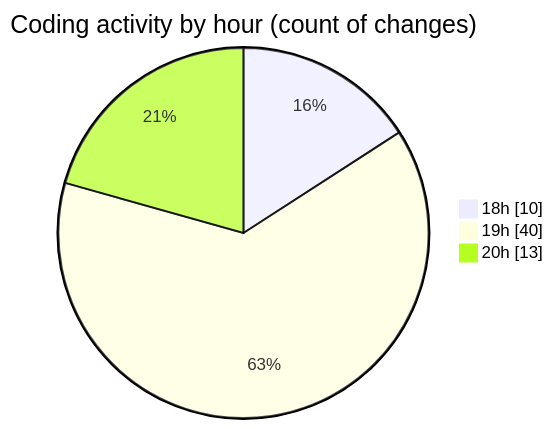
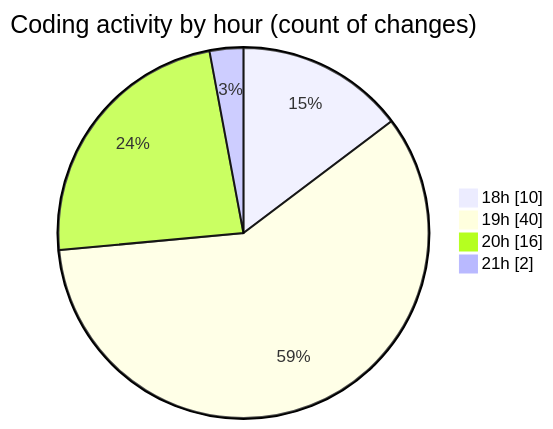
Before and after one commit to Netris89/code-tracking: the second of 2 diagrams in 2025-03-29/back-end/README.md, drawn with Mermaid. The commit also changed other lines of this file and 1 other file, not shown here.

````diff
--- a/2025-03-29/back-end/README.md
+++ b/2025-03-29/back-end/README.md
@@ -31,7 +31,8 @@
 ```mermaid
 pie showData
 title Coding activity by hour (count of changes)
 "18h" : 10
 "19h" : 40
-"20h" : 13
+"20h" : 16
+"21h" : 2
 ```
````
